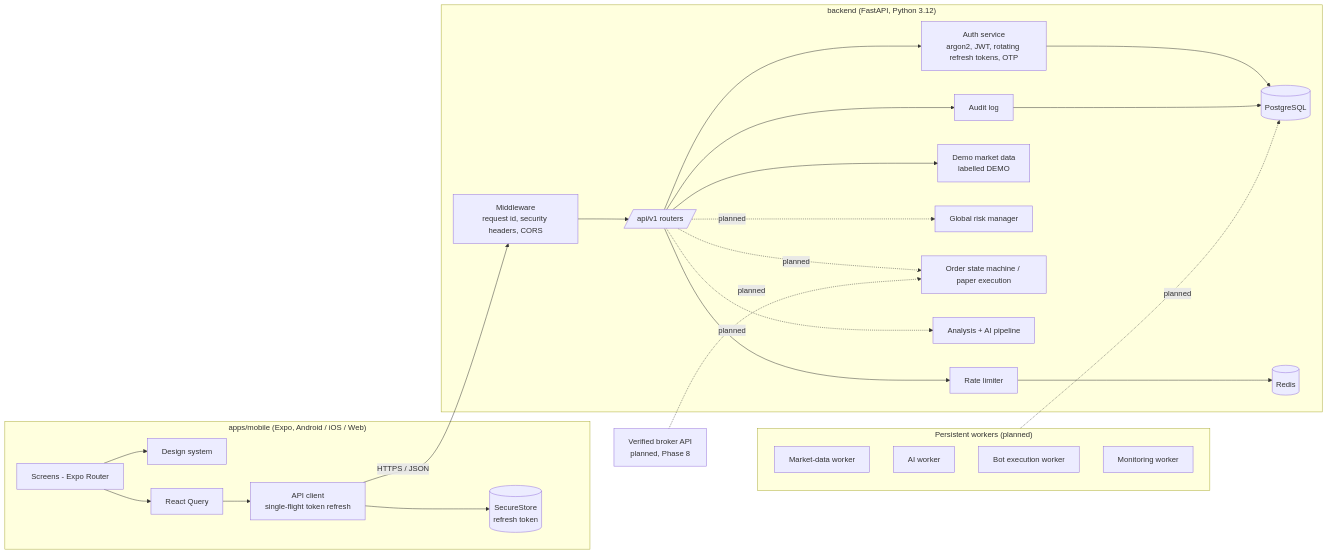
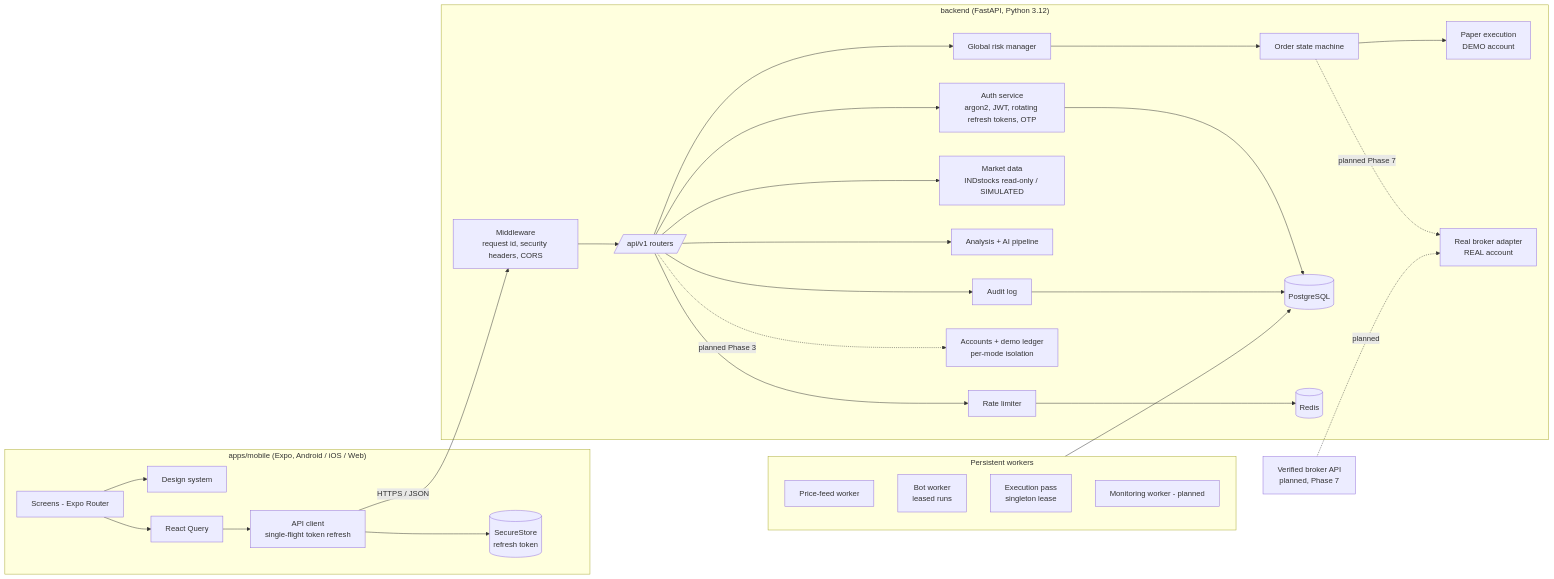
The diagram in docs/architecture.md (Tophunt-max/TradingAi-), drawn with Mermaid before and after one commit. The commit also changed other lines of this file and 63 other files, not shown here.

First line of the commit message:
v2 Phase 1: account-mode plan, selector and terminology

````diff
--- a/docs/architecture.md
+++ b/docs/architecture.md
@@ -5,33 +7,36 @@
 ```mermaid
 flowchart LR
   subgraph Client["apps/mobile (Expo, Android / iOS / Web)"]
     UI[Screens - Expo Router] --> DS[Design system]
     UI --> RQ[React Query]
     RQ --> API[API client<br/>single-flight token refresh]
     API --> SS[(SecureStore<br/>refresh token)]
   end
 
   API -- HTTPS / JSON --> GW
 
   subgraph Backend["backend (FastAPI, Python 3.12)"]
     GW[Middleware<br/>request id, security headers, CORS] --> R[/api/v1 routers/]
     R --> AUTH[Auth service<br/>argon2, JWT, rotating refresh tokens, OTP]
     R --> AUD[Audit log]
-    R --> DEMO[Demo market data<br/>labelled DEMO]
-    R -. planned .-> RISK[Global risk manager]
-    R -. planned .-> EXEC[Order state machine / paper execution]
-    R -. planned .-> AI[Analysis + AI pipeline]
+    R --> MD0[Market data<br/>INDstocks read-only / SIMULATED]
+    R --> AI[Analysis + AI pipeline]
+    R --> RISK[Global risk manager]
+    RISK --> EXEC[Order state machine]
+    EXEC --> PAPER[Paper execution<br/>DEMO account]
+    EXEC -. planned Phase 7 .-> REALX[Real broker adapter<br/>REAL account]
+    R -. planned Phase 3 .-> ACC[Accounts + demo ledger<br/>per-mode isolation]
     AUTH --> DB[(PostgreSQL)]
     AUD --> DB
     R --> RL[Rate limiter] --> REDIS[(Redis)]
   end
 
-  subgraph Workers["Persistent workers (planned)"]
-    MD[Market-data worker]
-    AIW[AI worker]
-    BOT[Bot execution worker]
-    MON[Monitoring worker]
+  subgraph Workers["Persistent workers"]
+    MD[Price-feed worker]
+    BOT[Bot worker<br/>leased runs]
+    EXW[Execution pass<br/>singleton lease]
+    MON[Monitoring worker - planned]
   end
-  Workers -. planned .-> DB
-  BROKER[Verified broker API<br/>planned, Phase 8] -. planned .-> EXEC
+  Workers --> DB
+  BROKER[Verified broker API<br/>planned, Phase 7] -. planned .-> REALX
 ```
````
